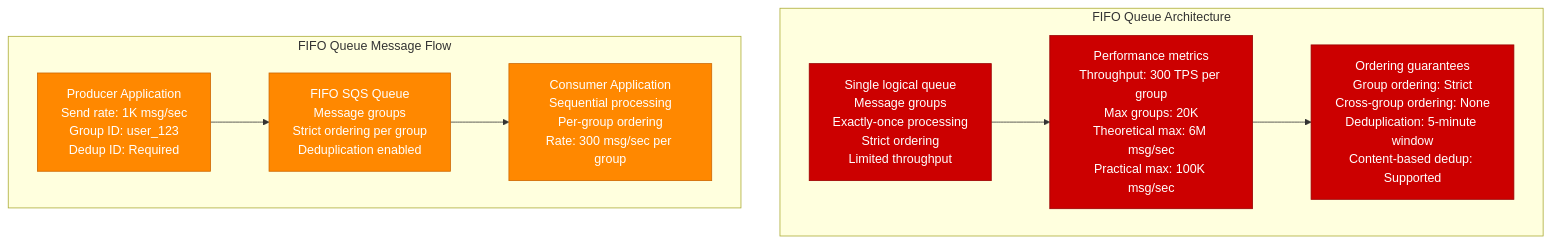
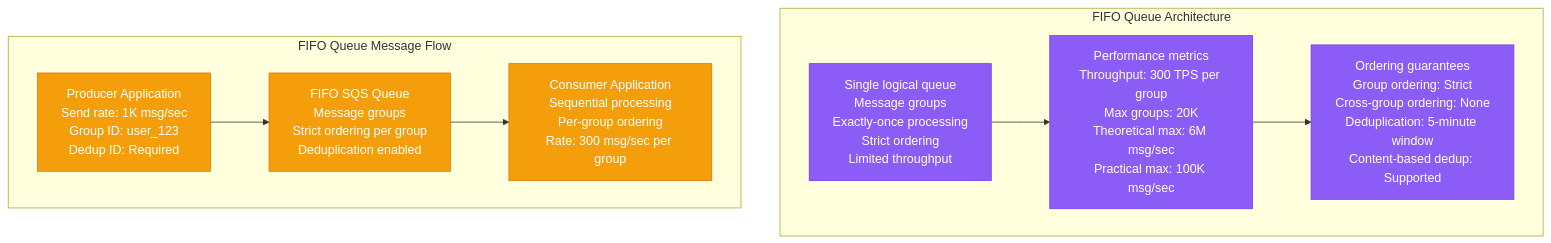
One commit to deepaucksharma/DS changed the second of 13 diagrams in site/docs/performance/sqs-sns-performance-profile.md. Above: the diagram before and after it, drawn with Mermaid. The commit also changed other lines of this file and 303 other files, not shown here.

````diff
--- a/site/docs/performance/sqs-sns-performance-profile.md
+++ b/site/docs/performance/sqs-sns-performance-profile.md
@@ -46,28 +46,28 @@
 ```mermaid
 graph TB
     subgraph "FIFO Queue Architecture"
         FIFO1[Single logical queue<br/>Message groups<br/>Exactly-once processing<br/>Strict ordering<br/>Limited throughput]
 
         FIFO2[Performance metrics<br/>Throughput: 300 TPS per group<br/>Max groups: 20K<br/>Theoretical max: 6M msg/sec<br/>Practical max: 100K msg/sec]
 
         FIFO3[Ordering guarantees<br/>Group ordering: Strict<br/>Cross-group ordering: None<br/>Deduplication: 5-minute window<br/>Content-based dedup: Supported]
 
         FIFO1 --> FIFO2 --> FIFO3
     end
 
     subgraph "FIFO Queue Message Flow"
         PROD_FIFO[Producer Application<br/>Send rate: 1K msg/sec<br/>Group ID: user_123<br/>Dedup ID: Required]
 
         SQS_FIFO[FIFO SQS Queue<br/>Message groups<br/>Strict ordering per group<br/>Deduplication enabled]
 
         CONS_FIFO[Consumer Application<br/>Sequential processing<br/>Per-group ordering<br/>Rate: 300 msg/sec per group]
 
         PROD_FIFO --> SQS_FIFO --> CONS_FIFO
     end
 
-    classDef fifoStyle fill:#CC0000,stroke:#990000,color:#fff
-    classDef fifoFlowStyle fill:#FF8800,stroke:#CC6600,color:#fff
+    classDef fifoStyle fill:#8B5CF6,stroke:#7C3AED,color:#fff
+    classDef fifoFlowStyle fill:#F59E0B,stroke:#D97706,color:#fff
 
     class FIFO1,FIFO2,FIFO3 fifoStyle
     class PROD_FIFO,SQS_FIFO,CONS_FIFO fifoFlowStyle
 ```
````
